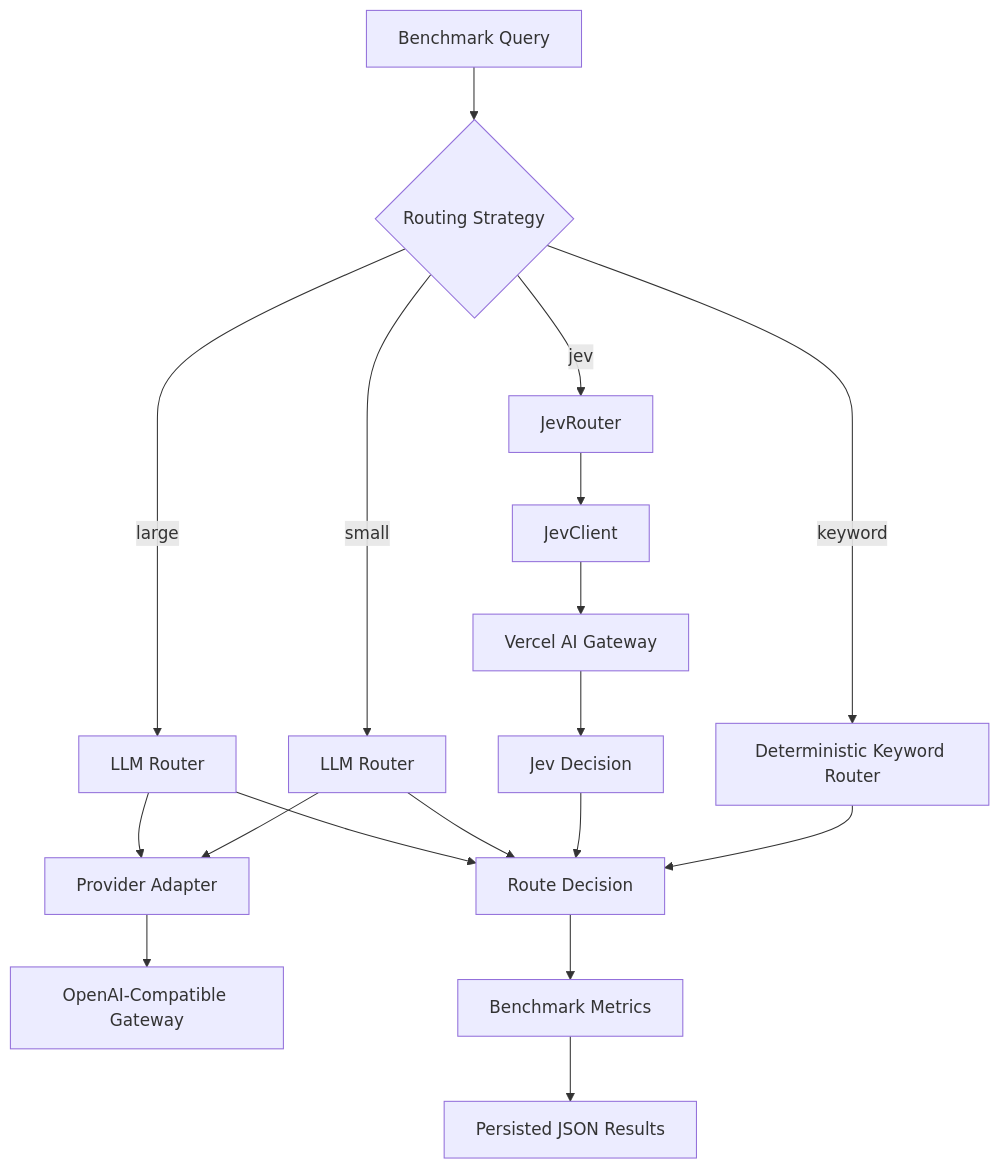
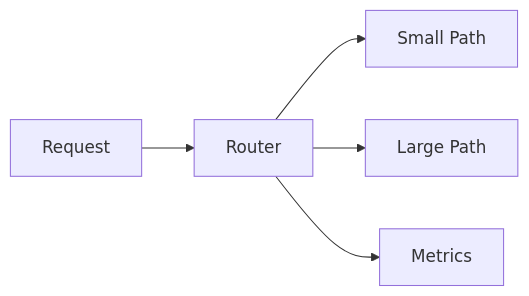
The first of 3 diagrams in README.md (aawhan0/JevRev), drawn with Mermaid before and after one commit. The commit also changed other lines of this file, not shown here.

Commit message:
docs: simplify Mermaid diagrams

````diff
--- a/README.md
+++ b/README.md
@@ -32,25 +32,7 @@
 ```mermaid
-flowchart TD
-    Q[Benchmark Query] --> R{Routing Strategy}
-
-    R -->|keyword| K[Deterministic Keyword Router]
-    R -->|jev| J[JevRouter]
-    R -->|small| S[LLM Router]
-    R -->|large| L[LLM Router]
-
-    J --> JC[JevClient]
-    JC --> G[Vercel AI Gateway]
-    G --> JV[Jev Decision]
-
-    S --> P[Provider Adapter]
-    L --> P
-    P --> G2[OpenAI-Compatible Gateway]
-
-    K --> D[Route Decision]
-    JV --> D
-    S --> D
-    L --> D
-
-    D --> M[Benchmark Metrics]
-    M --> O[Persisted JSON Results]
+flowchart LR
+    Q[Request] --> R[Router]
+    R --> S[Small Path]
+    R --> L[Large Path]
+    R --> M[Metrics]
 ```
````
